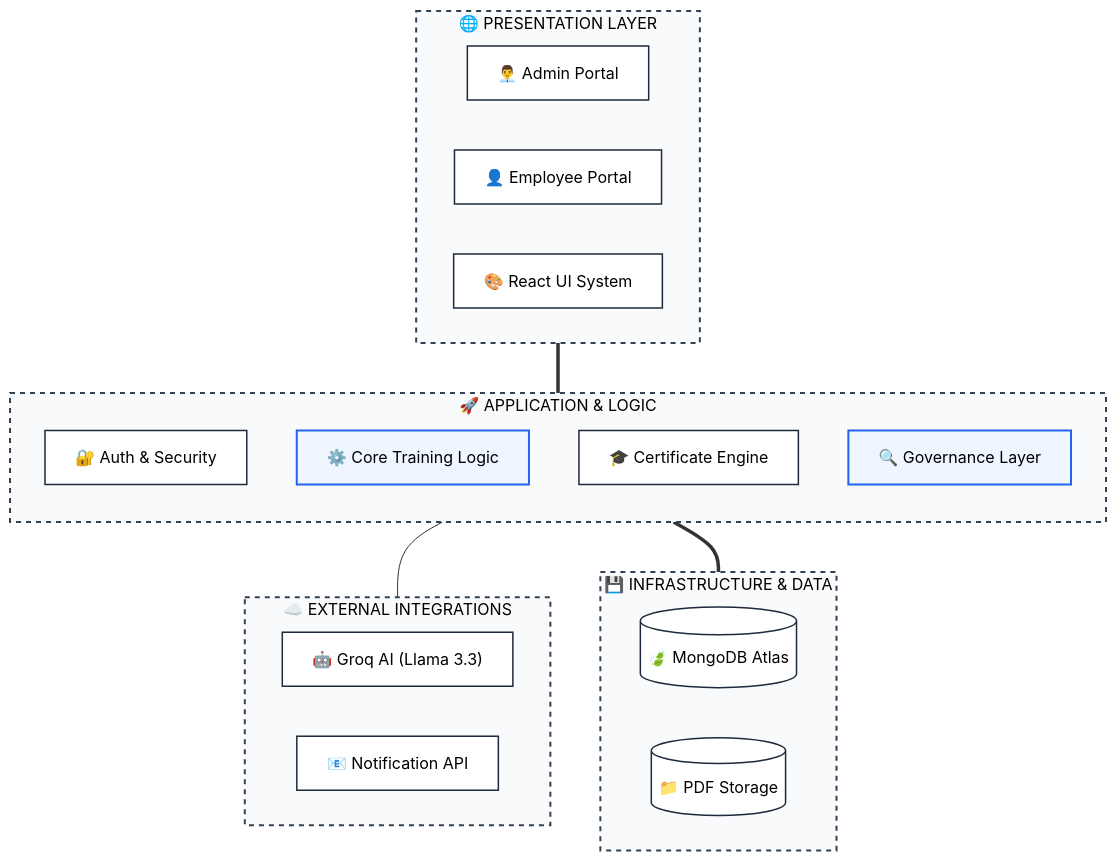
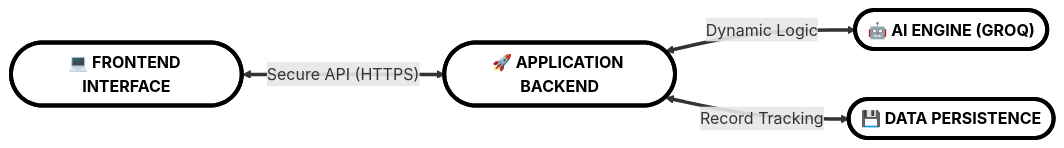
One commit to rhubballi/TMS changed the first of 3 diagrams in README.md. Above: the diagram before and after it, drawn with Mermaid. The commit also changed other lines of this file, not shown here.

Commit message:
Update to absolute high-level architecture diagram

````diff
--- a/README.md
+++ b/README.md
@@ -9,43 +9,19 @@
 ```mermaid
-graph TB
-    subgraph Presentation_Layer ["🌐 PRESENTATION LAYER"]
-        direction LR
-        Admin["👨‍💼 Admin Portal"]
-        Employee["👤 Employee Portal"]
-        UI_Components["🎨 React UI System"]
-    end
+graph LR
+    %% Conceptual Pillars
+    CLIENT(["💻 FRONTEND INTERFACE"])
+    APP(["🚀 APPLICATION BACKEND"])
+    AI_CORE(["🤖 AI ENGINE (GROQ)"])
+    DATABASE(["💾 DATA PERSISTENCE"])
 
-    subgraph Application_Layer ["🚀 APPLICATION & LOGIC"]
-        direction TB
-        Auth_Svc["🔐 Auth & Security"]
-        Core_Engine["⚙️ Core Training Logic"]
-        Cert_Svc["🎓 Certificate Engine"]
-        Gov_AI["🔍 Governance Layer"]
-    end
+    %% Global Connections
+    CLIENT <==>|"Secure API (HTTPS)"| APP
+    APP <==>|"Dynamic Logic"| AI_CORE
+    APP <==>|"Record Tracking"| DATABASE
 
-    subgraph Integration_Layer ["☁️ EXTERNAL INTEGRATIONS"]
-        direction LR
-        Groq_AI["🤖 Groq AI (Llama 3.3)"]
-        Email_Ntf["📧 Notification API"]
-    end
-
-    subgraph Data_Layer ["💾 INFRASTRUCTURE & DATA"]
-        direction LR
-        MongoDB[("🍃 MongoDB Atlas")]
-        File_Storage[("📁 PDF Storage")]
-    end
-
-    %% Multi-Layer Connections
-    Presentation_Layer === Application_Layer
-    Application_Layer --- Integration_Layer
-    Application_Layer === Data_Layer
-
-    %% Professional Styling (High-Contrast for Visibility)
-    classDef layerBox fill:#f8fafc,stroke:#334155,stroke-width:2px,stroke-dasharray: 5 5,color:#000000;
-    classDef nodeBox fill:#ffffff,stroke:#1e293b,stroke-width:1.5px,color:#000000;
-    classDef primaryNode fill:#eff6ff,stroke:#2563eb,stroke-width:2px,color:#000000;
+    %% Styling for High-Level Professional Look
+    classDef highLevel fill:#ffffff,stroke:#000000,stroke-width:4px,color:#000000,font-weight:bold;
+    classDef connector stroke:#000000,stroke-width:2px;
     
-    class Presentation_Layer,Application_Layer,Integration_Layer,Data_Layer layerBox;
-    class Admin,Employee,UI_Components,Auth_Svc,Core_Engine,Cert_Svc,Gov_AI,Groq_AI,Email_Ntf,MongoDB,File_Storage nodeBox;
-    class Core_Engine,Gov_AI primaryNode;
+    class CLIENT,APP,AI_CORE,DATABASE highLevel;
 ```
````
